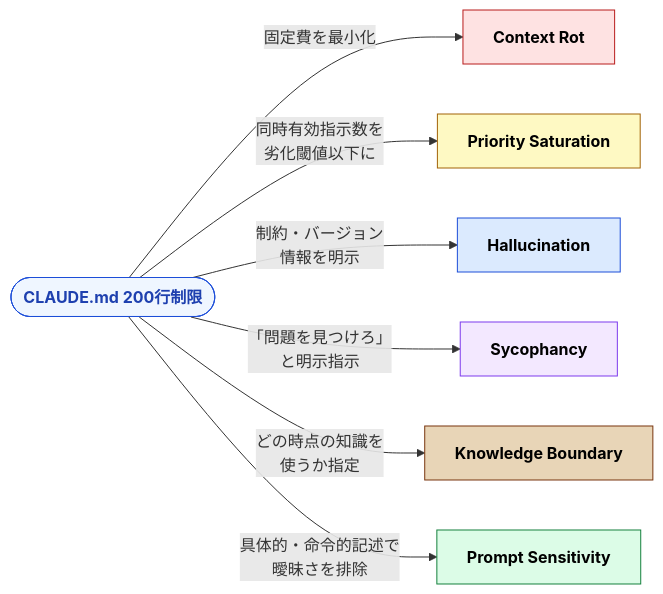
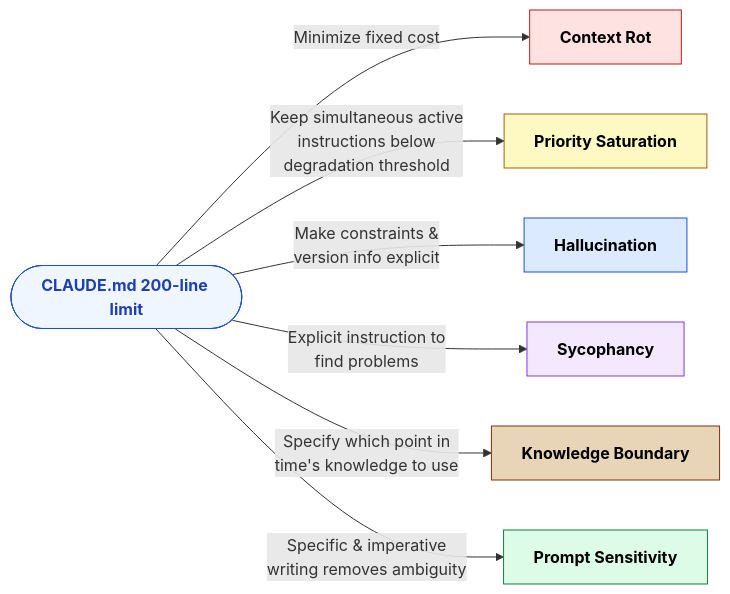
Before and after one commit to shuji-bonji/understanding-llm-through-claude-code: the second of 7 diagrams in docs/appendix/problem-countermeasure-map.md, drawn with Mermaid. The commit also changed other lines of this file and 100 other files, not shown here.

````diff
--- a/docs/appendix/problem-countermeasure-map.md
+++ b/docs/appendix/problem-countermeasure-map.md
@@ -117,33 +119,33 @@
 ```mermaid
 graph LR
-    CMD(["CLAUDE.md 200行制限"])
+    CMD(["CLAUDE.md 200-line limit"])
 
     CR["Context Rot"]
     PS["Priority Saturation"]
     HL["Hallucination"]
     SY["Sycophancy"]
     KB["Knowledge Boundary"]
     PM["Prompt Sensitivity"]
 
-    CMD -->|"固定費を最小化"| CR
-    CMD -->|"同時有効指示数を<br/>劣化閾値以下に"| PS
-    CMD -->|"制約・バージョン<br/>情報を明示"| HL
-    CMD -->|"「問題を見つけろ」<br/>と明示指示"| SY
-    CMD -->|"どの時点の知識を<br/>使うか指定"| KB
-    CMD -->|"具体的・命令的記述で<br/>曖昧さを排除"| PM
+    CMD -->|"Minimize fixed cost"| CR
+    CMD -->|"Keep simultaneous active<br/>instructions below<br/>degradation threshold"| PS
+    CMD -->|"Make constraints &<br/>version info explicit"| HL
+    CMD -->|"Explicit instruction to<br/>find problems"| SY
+    CMD -->|"Specify which point in<br/>time's knowledge to use"| KB
+    CMD -->|"Specific & imperative<br/>writing removes ambiguity"| PM
 
     classDef countermeasure fill:#eff6ff,stroke:#1d4ed8,color:#1e40af,font-weight:bold
     classDef cr fill:#fee2e2,stroke:#b91c1c,color:#000,font-weight:bold
     classDef ps fill:#fef9c3,stroke:#a16207,color:#000,font-weight:bold
     classDef hl fill:#dbeafe,stroke:#1d4ed8,color:#000,font-weight:bold
     classDef sy fill:#f3e8ff,stroke:#7c3aed,color:#000,font-weight:bold
     classDef kb fill:#e8d5b7,stroke:#78350f,color:#000,font-weight:bold
     classDef pm fill:#dcfce7,stroke:#15803d,color:#000,font-weight:bold
     class CMD countermeasure
     class CR cr
     class PS ps
     class HL hl
     class SY sy
     class KB kb
     class PM pm
 ```
````
